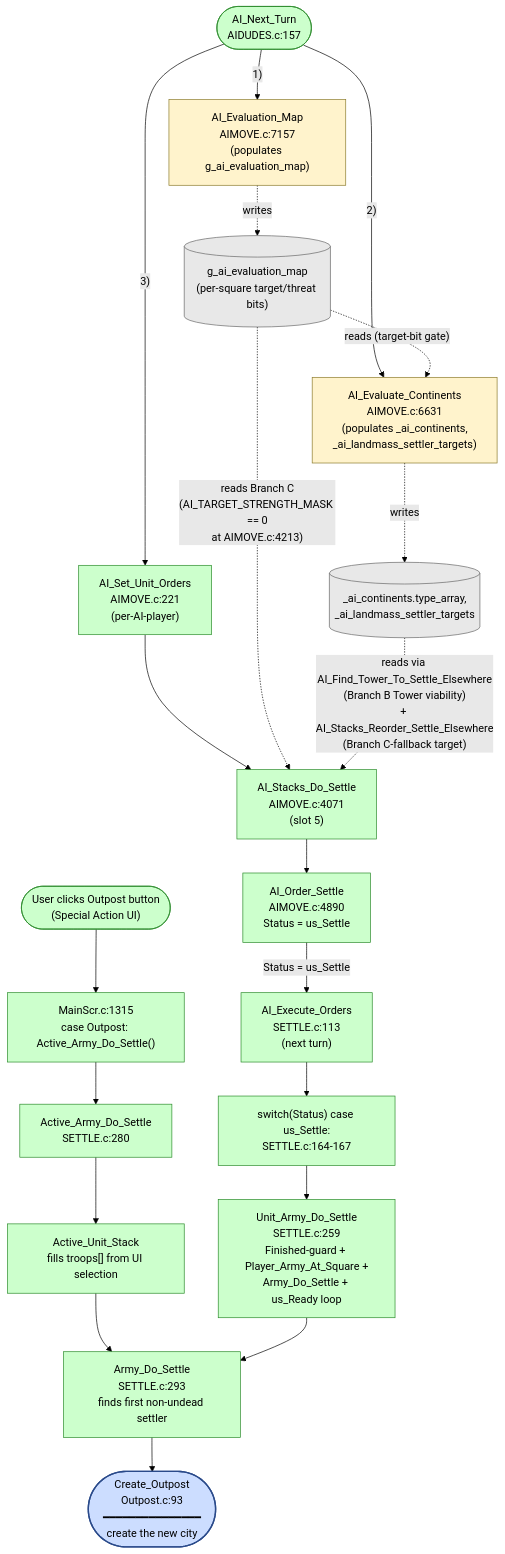
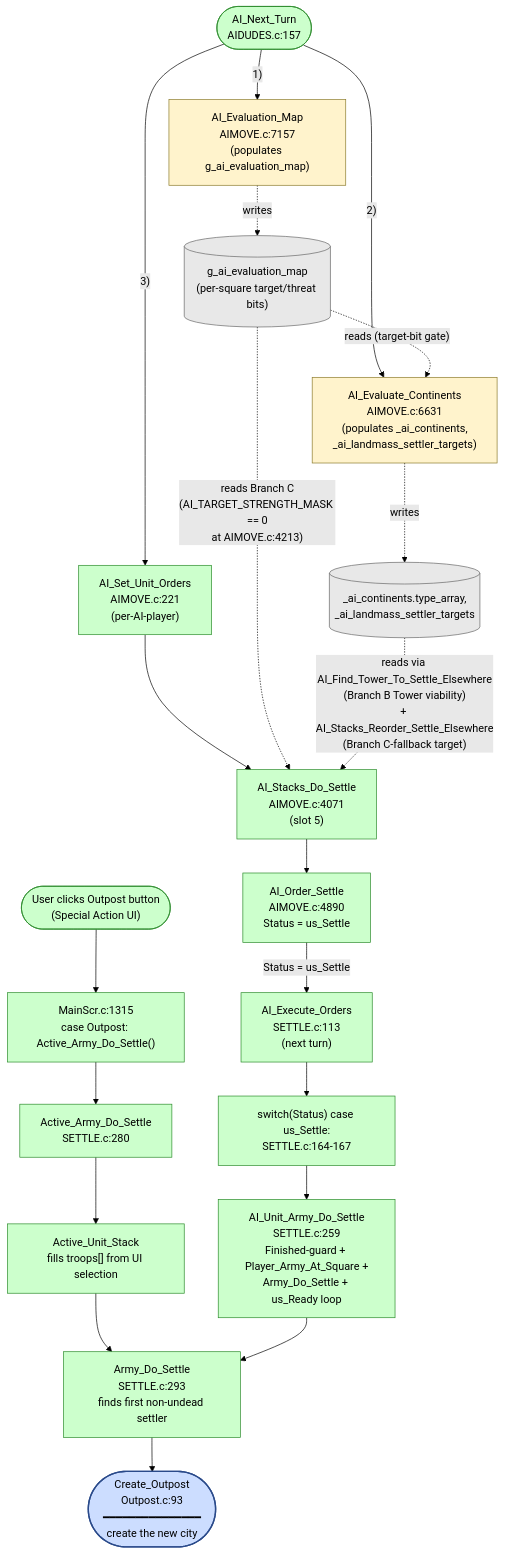
One commit to jbalcomb/ReMoM changed the diagram in doc/ComputerPlayer/AIMOVE-AI_Stacks_Do_Settle.md. Above: the diagram before and after it, drawn with Mermaid (forest theme). The commit also changed other lines of this file and 14 other files, not shown here.

Commit message:
done-done AI_Unit_Army_Do_Move()

````diff
--- a/doc/ComputerPlayer/AIMOVE-AI_Stacks_Do_Settle.md
+++ b/doc/ComputerPlayer/AIMOVE-AI_Stacks_Do_Settle.md
@@ -79,62 +79,62 @@
 ```mermaid
 flowchart TD
     %% Human path - working
     UserClick(["User clicks Outpost button<br/>(Special Action UI)"])
     MainScr["MainScr.c:1315<br/>case Outpost: Active_Army_Do_Settle()"]
     DoBuildOutpost["Active_Army_Do_Settle<br/>SETTLE.c:280"]
     ActiveStack["Active_Unit_Stack<br/>fills troops[] from UI selection"]
 
     %% AI per-turn prep — populates the data AI_Stacks_Do_Settle reads
     AINext(["AI_Next_Turn<br/>AIDUDES.c:157"])
     AIEvalMap["AI_Evaluation_Map<br/>AIMOVE.c:7157<br/>(populates g_ai_evaluation_map)"]
     AIEvalContinents["AI_Evaluate_Continents<br/>AIMOVE.c:6631<br/>(populates _ai_continents,<br/>_ai_landmass_settler_targets)"]
 
     %% AI dispatch path
     AISetUnitOrders["AI_Set_Unit_Orders<br/>AIMOVE.c:221<br/>(per-AI-player)"]
     AIDoSettle["AI_Stacks_Do_Settle<br/>AIMOVE.c:4071<br/>(slot 5)"]
     AIOrderSettle["AI_Order_Settle<br/>AIMOVE.c:4890<br/>Status = us_Settle"]
 
     AIMove["AI_Execute_Orders<br/>SETTLE.c:113<br/>(next turn)"]
     DispatchSettle["switch(Status) case us_Settle:<br/>SETTLE.c:164-167"]
-    StubBody["Unit_Army_Do_Settle<br/>SETTLE.c:259<br/>Finished-guard + Player_Army_At_Square +<br/>Army_Do_Settle + us_Ready loop"]
+    StubBody["AI_Unit_Army_Do_Settle<br/>SETTLE.c:259<br/>Finished-guard + Player_Army_At_Square +<br/>Army_Do_Settle + us_Ready loop"]
 
     %% Data stores
     EvalMap[("g_ai_evaluation_map<br/>(per-square target/threat bits)")]
     ContData[("_ai_continents.type_array,<br/>_ai_landmass_settler_targets")]
 
     %% Convergence
     StkSettle["Army_Do_Settle<br/>SETTLE.c:293<br/>finds first non-undead settler"]
     CreateOutpost(["Create_Outpost<br/>Outpost.c:93<br/>━━━━━━━━━━━━━━━<br/>create the new city"])
 
     %% Edges — human
     UserClick --> MainScr --> DoBuildOutpost --> ActiveStack --> StkSettle --> CreateOutpost
 
     %% Edges — AI control flow
     %% AI_Next_Turn calls each sibling in sequence; they are NOT chained calls
     AINext -->|"1)"| AIEvalMap
     AINext -->|"2)"| AIEvalContinents
     AINext -->|"3)"| AISetUnitOrders
     AISetUnitOrders --> AIDoSettle --> AIOrderSettle
     AIOrderSettle -->|Status = us_Settle| AIMove
     AIMove --> DispatchSettle --> StubBody
     StubBody --> StkSettle
 
     %% Edges — data flow (dashed)
     AIEvalMap -.->|"writes"| EvalMap
     EvalMap -.->|"reads (target-bit gate)"| AIEvalContinents
     AIEvalContinents -.->|"writes"| ContData
     EvalMap -.->|"reads Branch C<br/>(AI_TARGET_STRENGTH_MASK == 0<br/>at AIMOVE.c:4213)"| AIDoSettle
     ContData -.->|"reads via AI_Find_Tower_To_Settle_Elsewhere<br/>(Branch B Tower viability)<br/>+ AI_Stacks_Reorder_Settle_Elsewhere<br/>(Branch C-fallback target)"| AIDoSettle
 
     classDef working fill:#ccffcc,stroke:#2a8a2a,color:#000
     classDef broken fill:#ffcccc,stroke:#8a2a2a,color:#000
     classDef target fill:#ccddff,stroke:#2a4a8a,color:#000,stroke-width:2px
     classDef prep fill:#fff3cc,stroke:#8a7a2a,color:#000
     classDef data fill:#e8e8e8,stroke:#666,color:#000
 
     class UserClick,MainScr,DoBuildOutpost,ActiveStack,StkSettle working
     class AINext,AISetUnitOrders,AIDoSettle,AIOrderSettle,AIMove,DispatchSettle,StubBody working
     class CreateOutpost target
     class AIEvalMap,AIEvalContinents prep
     class EvalMap,ContData data
 ```
````
